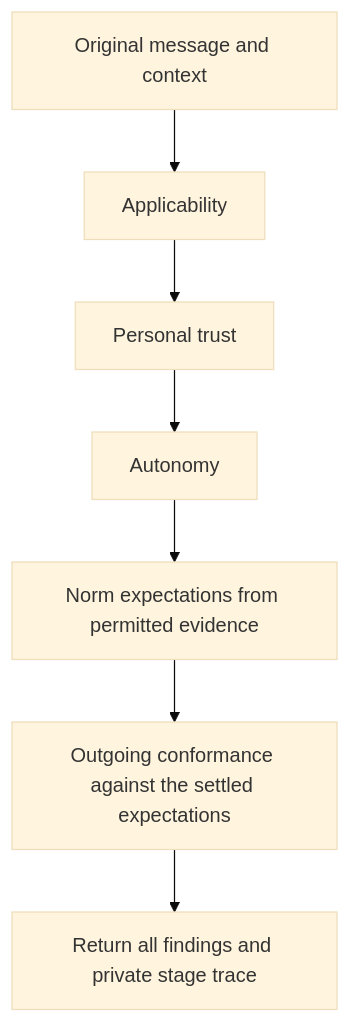
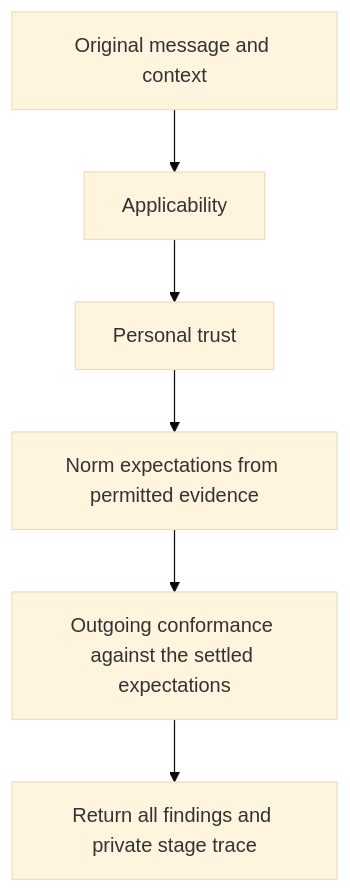
One commit to social-harness/moltzap changed the first of 2 diagrams in packages/client/src/MODULE.md. Above: the diagram before and after it, drawn with Mermaid (base theme). The commit also changed other lines of this file and 46 other files, not shown here.

First line of the commit message:
refactor(firewall): remove the autonomy kind and approval evidence

````diff
--- a/packages/client/src/MODULE.md
+++ b/packages/client/src/MODULE.md
@@ -1892,9 +1886,8 @@
 ```mermaid
 flowchart TD
   I[Original message and context] --> A[Applicability]
   A --> S[Personal trust]
-  S --> U[Autonomy]
-  U --> N[Norm expectations from permitted evidence]
+  S --> N[Norm expectations from permitted evidence]
   N --> C[Outgoing conformance against the settled expectations]
   C --> R[Return all findings and private stage trace]
 ```
````
